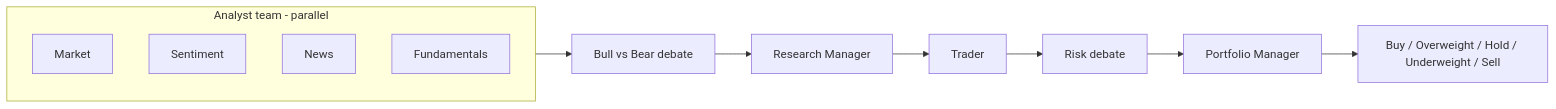
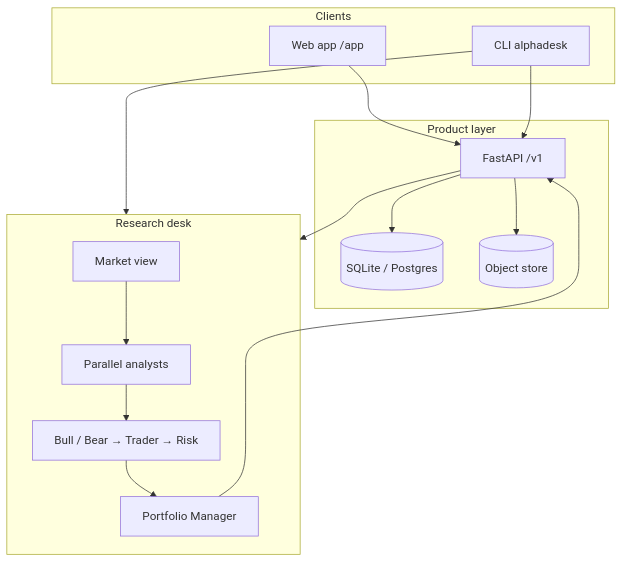
One commit to himanshuagarwal456/alphadesk changed the diagram in README.md. Above: the diagram before and after it, drawn with Mermaid. The commit also changed other lines of this file, not shown here.

First line of the commit message:
Rewrite README as a concise product overview

````diff
--- a/README.md
+++ b/README.md
@@ -55,9 +13,29 @@
 ```mermaid
-flowchart LR
-    subgraph Analysts[Analyst team - parallel]
-        M[Market] & S[Sentiment] & N[News] & F[Fundamentals]
+flowchart TB
+    subgraph Clients
+        WEB[Web app /app]
+        CLI[CLI alphadesk]
     end
-    Analysts --> B[Bull vs Bear debate] --> RM[Research Manager]
-    RM --> T[Trader] --> R[Risk debate] --> PM[Portfolio Manager]
-    PM --> D[Buy / Overweight / Hold / Underweight / Sell]
+
+    subgraph Product["Product layer"]
+        API["FastAPI /v1"]
+        DB[(SQLite / Postgres)]
+        OBJ[(Object store)]
+    end
+
+    subgraph Desk["Research desk"]
+        MV[Market view]
+        A[Parallel analysts]
+        D[Bull / Bear → Trader → Risk]
+        PM[Portfolio Manager]
+    end
+
+    WEB --> API
+    CLI --> API
+    CLI --> Desk
+    API --> DB
+    API --> OBJ
+    API --> Desk
+    MV --> A --> D --> PM
+    PM --> API
 ```
````
